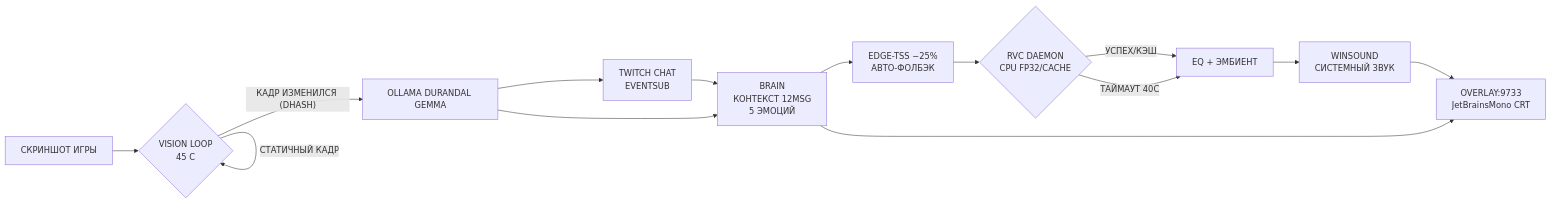
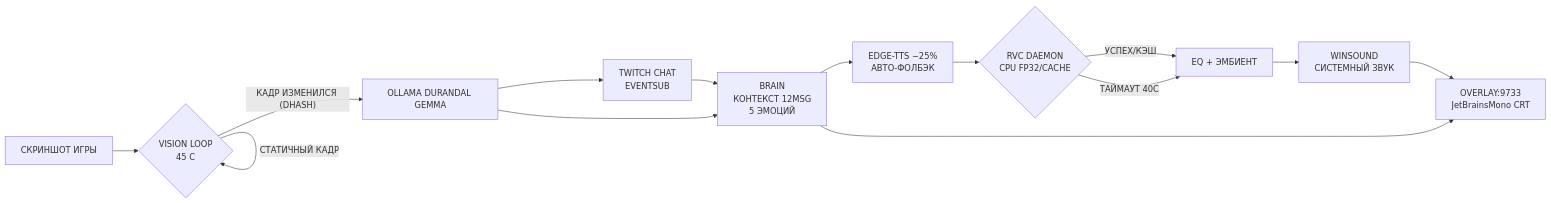
The diagram in README.md (NeruMarcus/durandal-stream-bot), drawn with Mermaid before and after one commit. The commit also changed other lines of this file and 2 other files, not shown here.

````diff
--- a/README.md
+++ b/README.md
@@ -37,16 +37,16 @@
 ```mermaid
 flowchart LR
     A[СКРИНШОТ ИГРЫ] --> B{VISION LOOP\n45 С}
     B -->|"КАДР ИЗМЕНИЛСЯ (DHASH)"| C["OLLAMA DURANDAL GEMMA"]
     B -->|"СТАТИЧНЫЙ КАДР"| B
     C --> D["TWITCH CHAT\nEVENTSUB"]
     D --> E["BRAIN\nКОНТЕКСТ 12MSG\n5 ЭМОЦИЙ"]
     C --> E
-    E --> F["EDGE-TSS −25%\nАВТО-ФОЛБЭК"]
+    E --> F["EDGE-TTS −25%\nАВТО-ФОЛБЭК"]
     F --> G{"RVC DAEMON\nCPU FP32/CACHE"}
     G -->|"УСПЕХ/КЭШ"| H[EQ + ЭМБИЕНТ]
     G -->|"ТАЙМАУТ 40С"| H
     H --> I["WINSOUND\nСИСТЕМНЫЙ ЗВУК"]
     E --> J["OVERLAY:9733\nJetBrainsMono CRT"]
     I --> J
 ```
````
